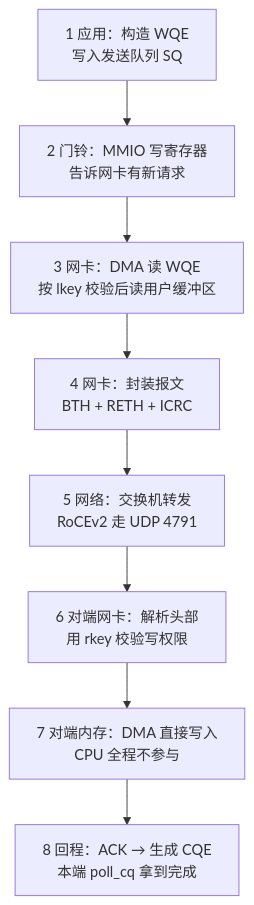
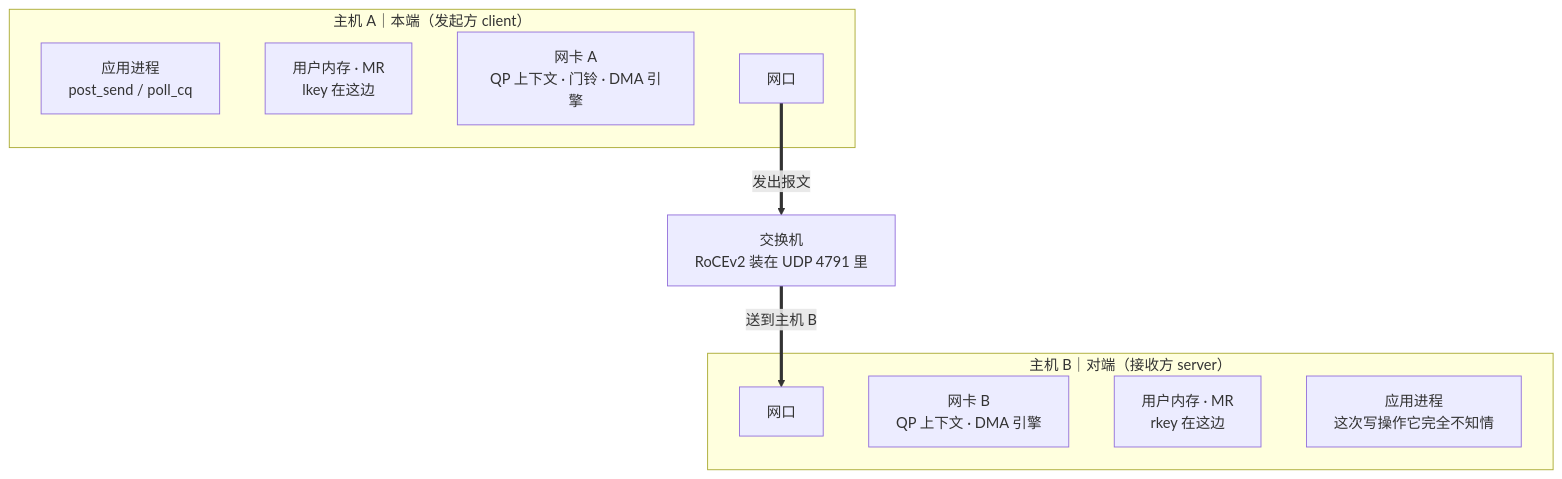
Before and after one commit to lnsyyj/lnsyyj.github.io: the first of 4 diagrams in _posts/2026-10-26-rdma-datapath.md, drawn with Mermaid. The commit also changed other lines of this file, not shown here.

First line of the commit message:
post(rdma): 全景图改为两台主机内部结构，固定本端/对端视角

````diff
--- a/_posts/2026-10-26-rdma-datapath.md
+++ b/_posts/2026-10-26-rdma-datapath.md
@@ -16,10 +29,18 @@
 ```mermaid
 flowchart TB
-    S1["1 应用：构造 WQE<br/>写入发送队列 SQ"] --> S2["2 门铃：MMIO 写寄存器<br/>告诉网卡有新请求"]
-    S2 --> S3["3 网卡：DMA 读 WQE<br/>按 lkey 校验后读用户缓冲区"]
-    S3 --> S4["4 网卡：封装报文<br/>BTH + RETH + ICRC"]
-    S4 --> S5["5 网络：交换机转发<br/>RoCEv2 走 UDP 4791"]
-    S5 --> S6["6 对端网卡：解析头部<br/>用 rkey 校验写权限"]
-    S6 --> S7["7 对端内存：DMA 直接写入<br/>CPU 全程不参与"]
-    S7 --> S8["8 回程：ACK → 生成 CQE<br/>本端 poll_cq 拿到完成"]
+    subgraph HA["主机 A｜本端（发起方 client）"]
+        A_APP["应用进程<br/>post_send / poll_cq"]
+        A_MEM["用户内存 · MR<br/>lkey 在这边"]
+        A_NIC["网卡 A<br/>QP 上下文 · 门铃 · DMA 引擎"]
+        A_PORT["网口"]
+    end
+    subgraph HB["主机 B｜对端（接收方 server）"]
+        B_PORT["网口"]
+        B_NIC["网卡 B<br/>QP 上下文 · DMA 引擎"]
+        B_MEM["用户内存 · MR<br/>rkey 在这边"]
+        B_APP["应用进程<br/>这次写操作它完全不知情"]
+    end
+    SW["交换机<br/>RoCEv2 装在 UDP 4791 里"]
+    A_PORT ==>|"发出报文"| SW
+    SW ==>|"送到主机 B"| B_PORT
 ```
````
